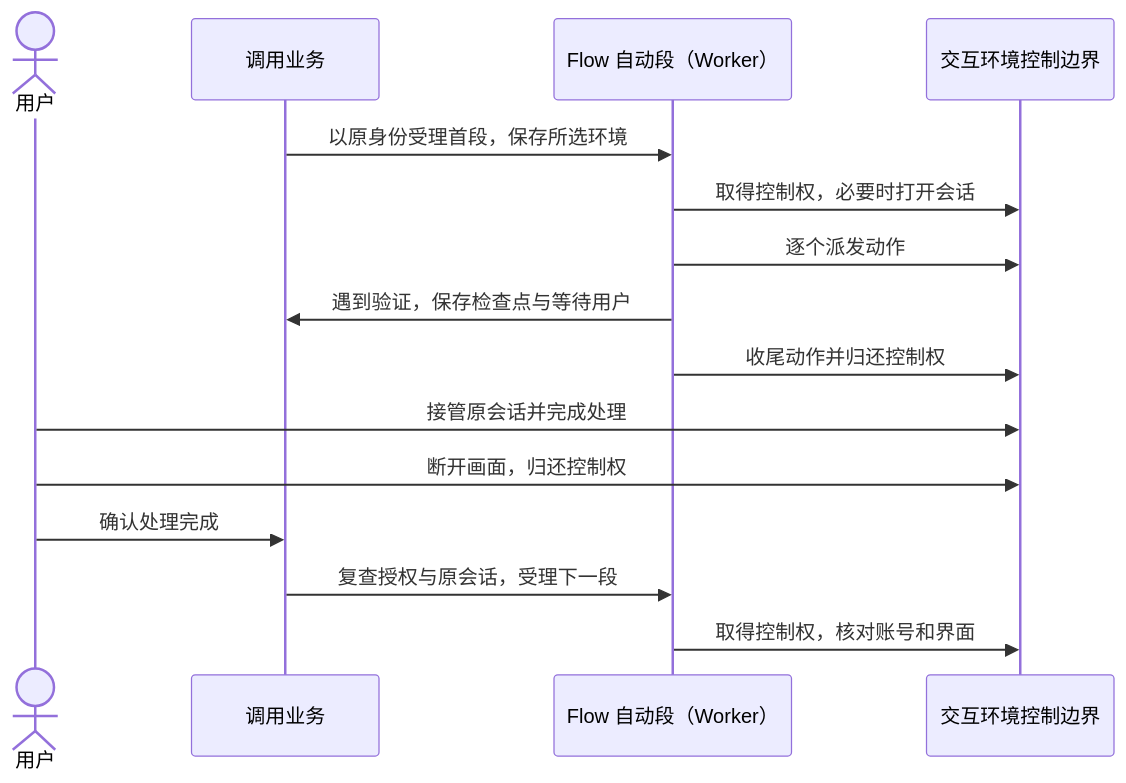
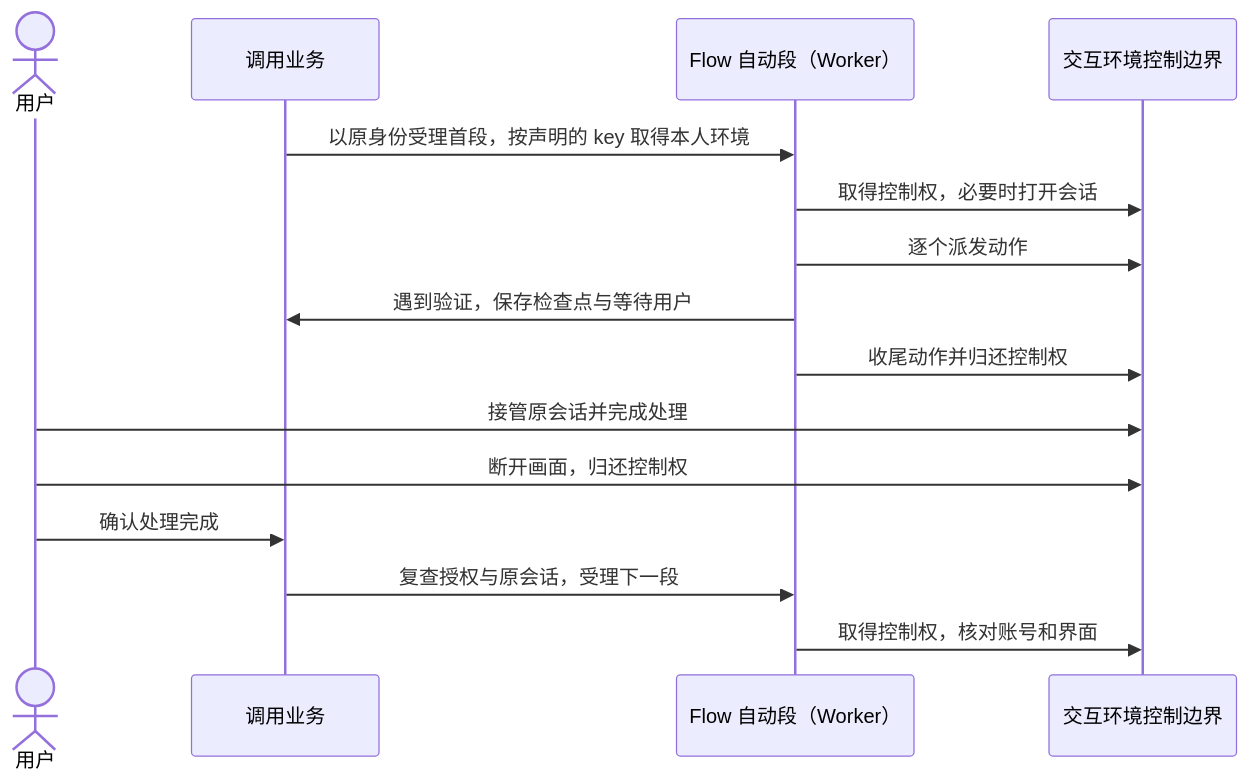
Before and after one commit to pfjhyyj/keystone: the sixth of 6 diagrams in docs/domains/environments/README.md, drawn with Mermaid. The commit also changed other lines of this file and 1 other file, not shown here.

First line of the commit message:
docs(environments): key environments by owner, kind and declared key

````diff
--- a/docs/domains/environments/README.md
+++ b/docs/domains/environments/README.md
@@ -227,17 +230,17 @@
 ```mermaid
 sequenceDiagram
     actor U as 用户
     participant J as 调用业务
     participant F as Flow 自动段（Worker）
     participant K as 交互环境控制边界
-    J->>F: 以原身份受理首段，保存所选环境
+    J->>F: 以原身份受理首段，按声明的 key 取得本人环境
     F->>K: 取得控制权，必要时打开会话
     F->>K: 逐个派发动作
     F->>J: 遇到验证，保存检查点与等待用户
     F->>K: 收尾动作并归还控制权
     U->>K: 接管原会话并完成处理
     U->>K: 断开画面，归还控制权
     U->>J: 确认处理完成
     J->>F: 复查授权与原会话，受理下一段
     F->>K: 取得控制权，核对账号和界面
 ```
````
